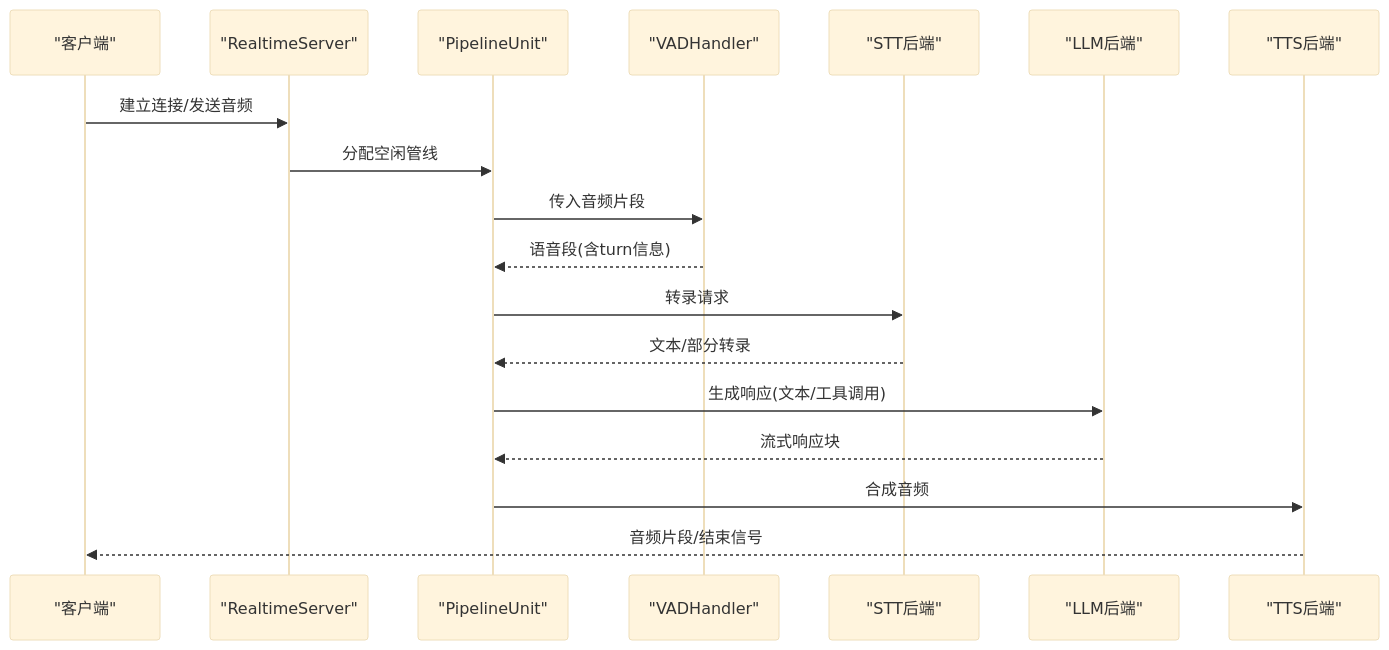
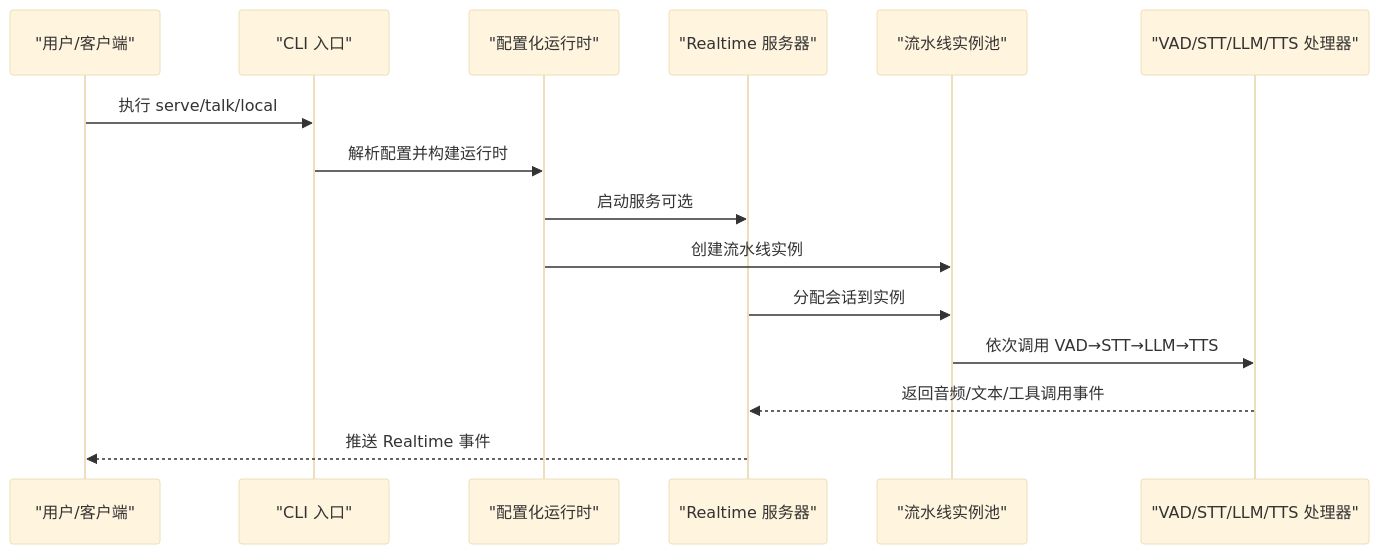
Before and after one commit to joezxh/speech-to-speech: the second of 9 diagrams in .qoder/repowiki/zh/content/开发者指南.md, drawn with Mermaid (base theme). The commit also changed other lines of this file and 202 other files, not shown here.

````diff
--- a/.qoder/repowiki/zh/content/开发者指南.md
+++ b/.qoder/repowiki/zh/content/开发者指南.md
@@ -86,20 +107,17 @@
 ```mermaid
 sequenceDiagram
-participant Client as "客户端"
-participant Server as "RealtimeServer"
-participant Unit as "PipelineUnit"
-participant VAD as "VADHandler"
-participant STT as "STT后端"
-participant LLM as "LLM后端"
-participant TTS as "TTS后端"
-Client->>Server : 建立连接/发送音频
-Server->>Unit : 分配空闲管线
-Unit->>VAD : 传入音频片段
-VAD-->>Unit : 语音段(含turn信息)
-Unit->>STT : 转录请求
-STT-->>Unit : 文本/部分转录
-Unit->>LLM : 生成响应(文本/工具调用)
-LLM-->>Unit : 流式响应块
-Unit->>TTS : 合成音频
-TTS-->>Client : 音频片段/结束信号
+participant User as "用户/客户端"
+participant CLI as "CLI 入口"
+participant Runtime as "配置化运行时"
+participant Server as "Realtime 服务器"
+participant Pool as "流水线实例池"
+participant Handler as "VAD/STT/LLM/TTS 处理器"
+User->>CLI : 执行 serve/talk/local
+CLI->>Runtime : 解析配置并构建运行时
+Runtime->>Server : 启动服务可选
+Runtime->>Pool : 创建流水线实例
+Server->>Pool : 分配会话到实例
+Pool->>Handler : 依次调用 VAD→STT→LLM→TTS
+Handler-->>Server : 返回音频/文本/工具调用事件
+Server-->>User : 推送 Realtime 事件
 ```
````
